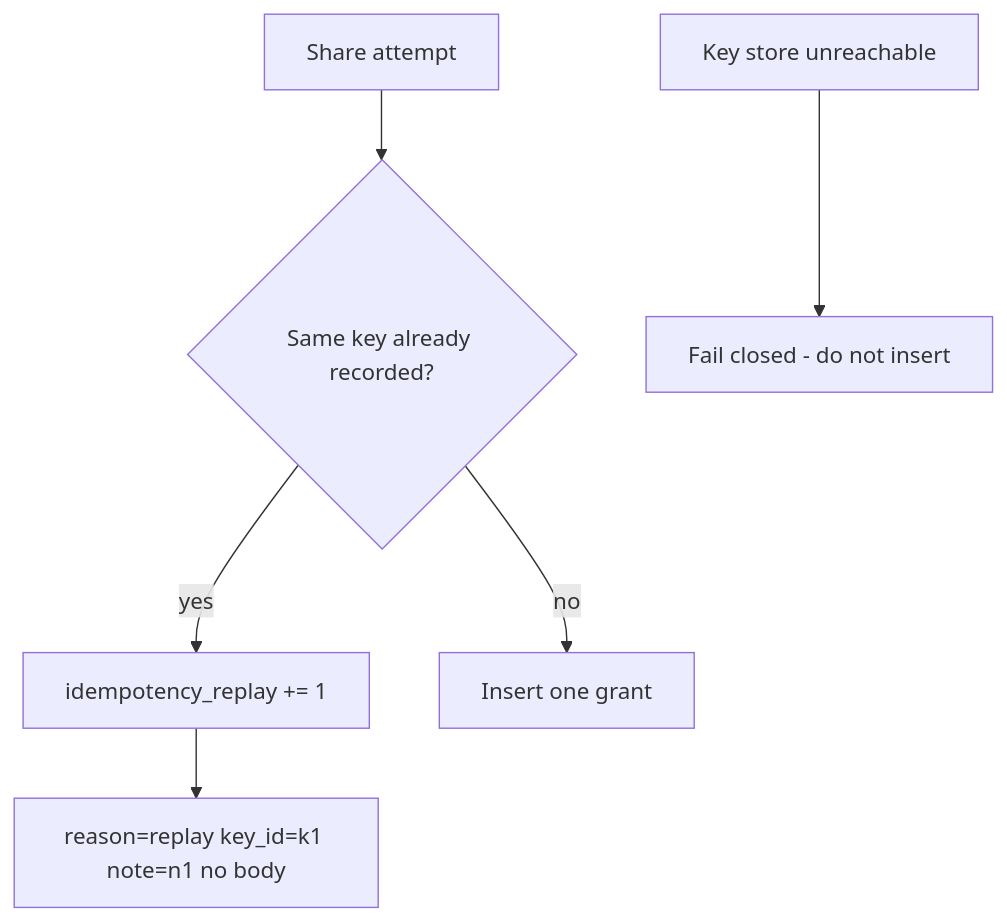
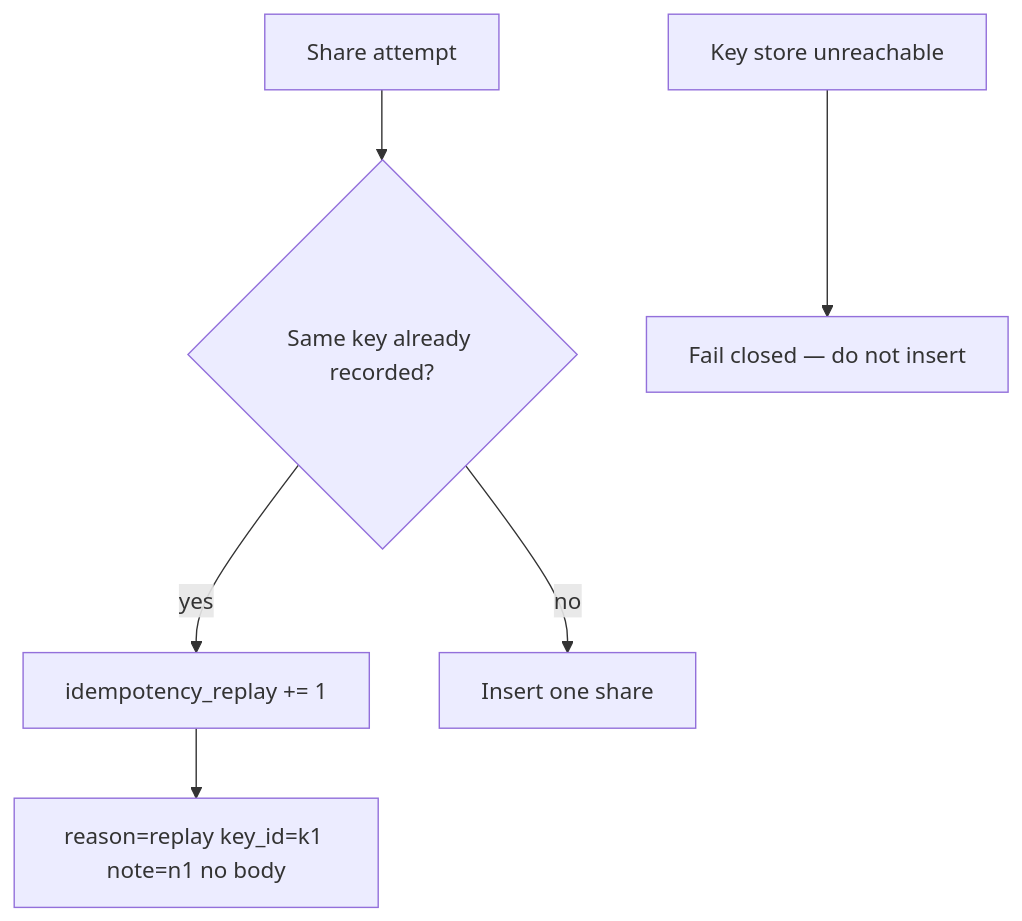
Before and after one commit to ishitvagoel/LearnSecurity: the diagram in content/modules/2/2.4/lessons/06-operate.md, drawn with Mermaid. The commit also changed other lines of this file and 7 other files, not shown here.

````diff
--- a/content/modules/2/2.4/lessons/06-operate.md
+++ b/content/modules/2/2.4/lessons/06-operate.md
@@ -13,8 +12,8 @@
 ```mermaid
 flowchart TD
   Share[Share attempt] --> Dup{"Same key already recorded?"}
   Dup -->|yes| Metric["idempotency_replay += 1"]
   Metric --> Log["reason=replay key_id=k1 note=n1 no body"]
-  Dup -->|no| Insert[Insert one grant]
-  StoreDown[Key store unreachable] --> Closed["Fail closed - do not insert"]
+  Dup -->|no| Insert[Insert one share]
+  StoreDown[Key store unreachable] --> Closed["Fail closed — do not insert"]
 ```
````
